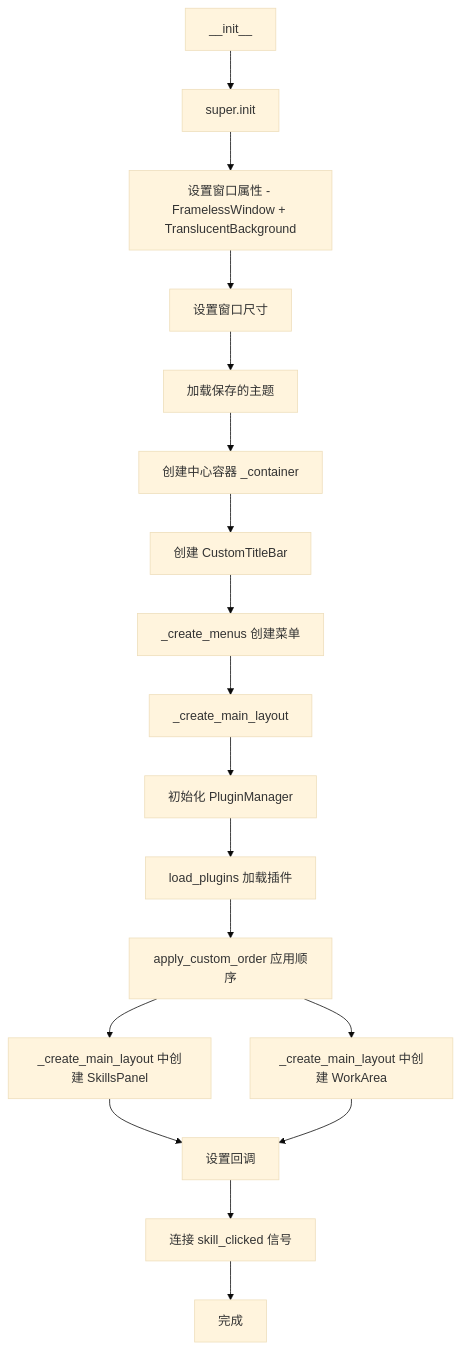
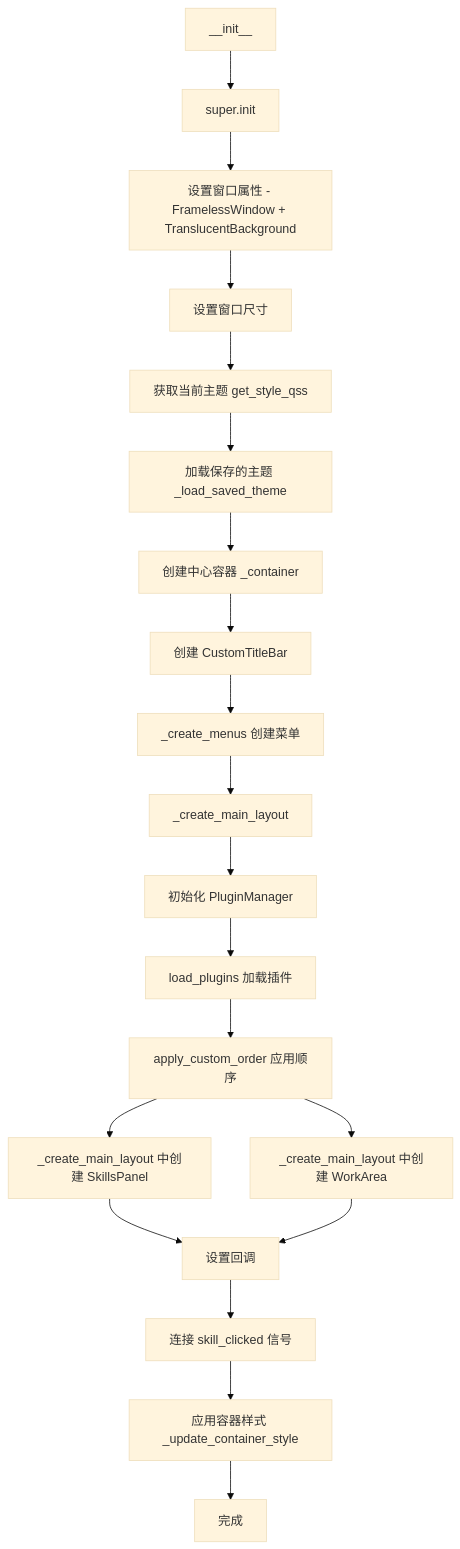
One commit to KKPIP-Tech/InstructionX changed the third of 5 diagrams in docs/ui/main-window.md. Above: the diagram before and after it, drawn with Mermaid (base theme). The commit also changed other lines of this file and 3 other files, not shown here.

````diff
--- a/docs/ui/main-window.md
+++ b/docs/ui/main-window.md
@@ -179,22 +194,24 @@
 ```mermaid
 flowchart TD
     A[__init__] --> B[super.init]
     B --> C[设置窗口属性 - FramelessWindow + TranslucentBackground]
     C --> D[设置窗口尺寸]
-    D --> E[加载保存的主题]
-    E --> F[创建中心容器 _container]
-    F --> G[创建 CustomTitleBar]
-    G --> H[_create_menus 创建菜单]
-    H --> I[_create_main_layout]
+    D --> E[获取当前主题 get_style_qss]
+    E --> F[加载保存的主题 _load_saved_theme]
+    F --> G[创建中心容器 _container]
+    G --> H[创建 CustomTitleBar]
+    H --> I[_create_menus 创建菜单]
+    I --> J[_create_main_layout]
 
-    I --> J[初始化 PluginManager]
-    J --> K[load_plugins 加载插件]
-    K --> L[apply_custom_order 应用顺序]
+    J --> K[初始化 PluginManager]
+    K --> L[load_plugins 加载插件]
+    L --> M[apply_custom_order 应用顺序]
 
-    L --> M[_create_main_layout 中创建 SkillsPanel]
-    L --> N[_create_main_layout 中创建 WorkArea]
-    M --> O[设置回调]
-    N --> O
-    O --> P[连接 skill_clicked 信号]
-    P --> Q[完成]
+    M --> N[_create_main_layout 中创建 SkillsPanel]
+    M --> O[_create_main_layout 中创建 WorkArea]
+    N --> P[设置回调]
+    O --> P
+    P --> Q[连接 skill_clicked 信号]
+    Q --> R[应用容器样式 _update_container_style]
+    R --> S[完成]
 ```
````
